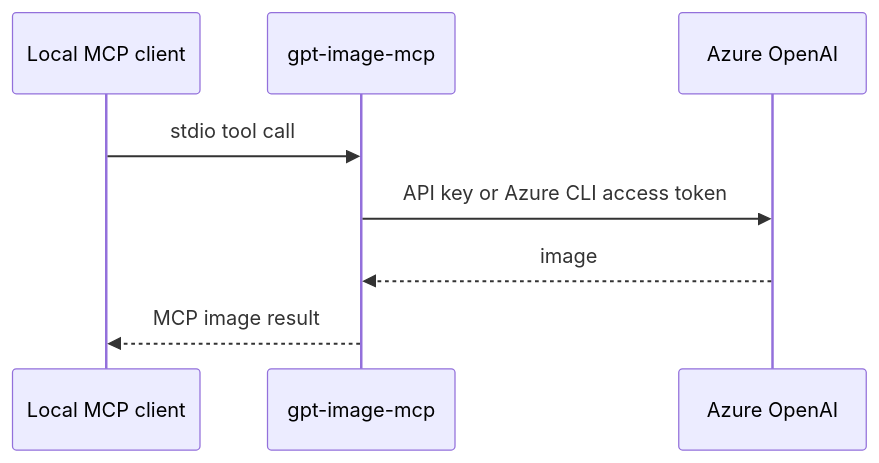
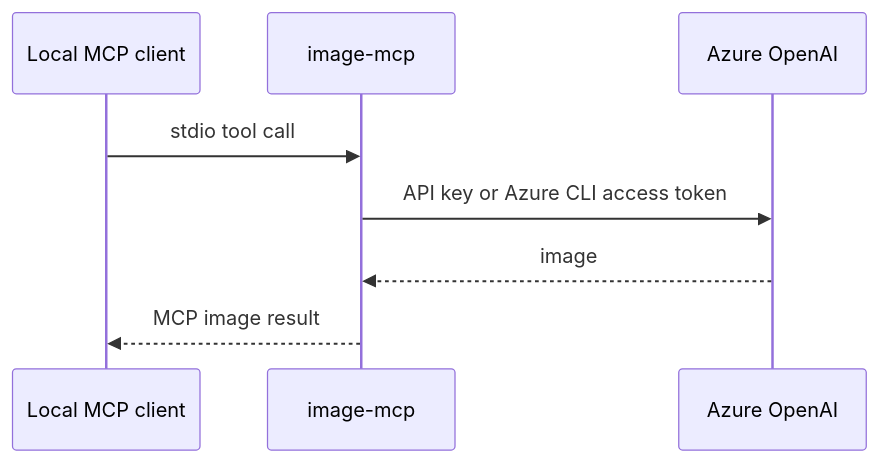
One commit to bioinfornatics/gpt-image-mcp changed the first of 2 diagrams in docs/adr/007-three-mode-azure-authentication.md. Above: the diagram before and after it, drawn with Mermaid. The commit also changed other lines of this file and 51 other files, not shown here.

First line of the commit message:
feat!: rename project and package to image-mcp

````diff
--- a/docs/adr/007-three-mode-azure-authentication.md
+++ b/docs/adr/007-three-mode-azure-authentication.md
@@ -55,10 +55,10 @@
 ```mermaid
 sequenceDiagram
   participant G as Local MCP client
-  participant M as gpt-image-mcp
+  participant M as image-mcp
   participant A as Azure OpenAI
   G->>M: stdio tool call
   M->>A: API key or Azure CLI access token
   A-->>M: image
   M-->>G: MCP image result
 ```
````
